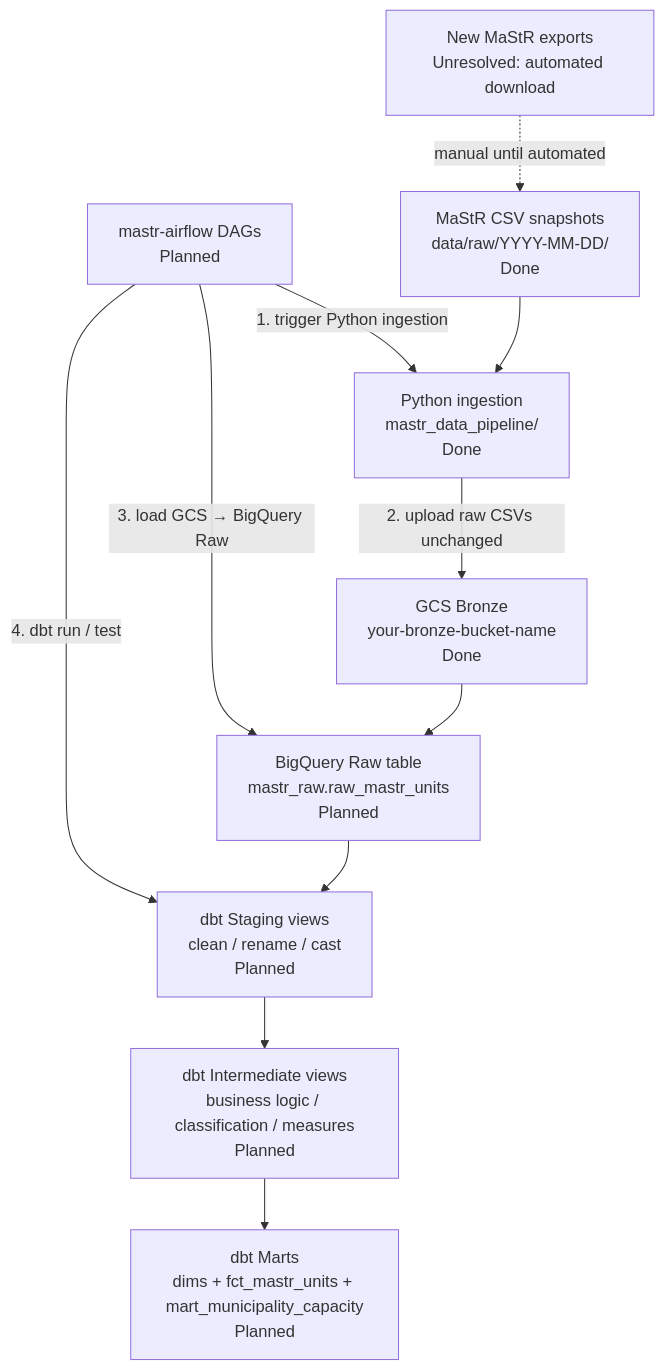
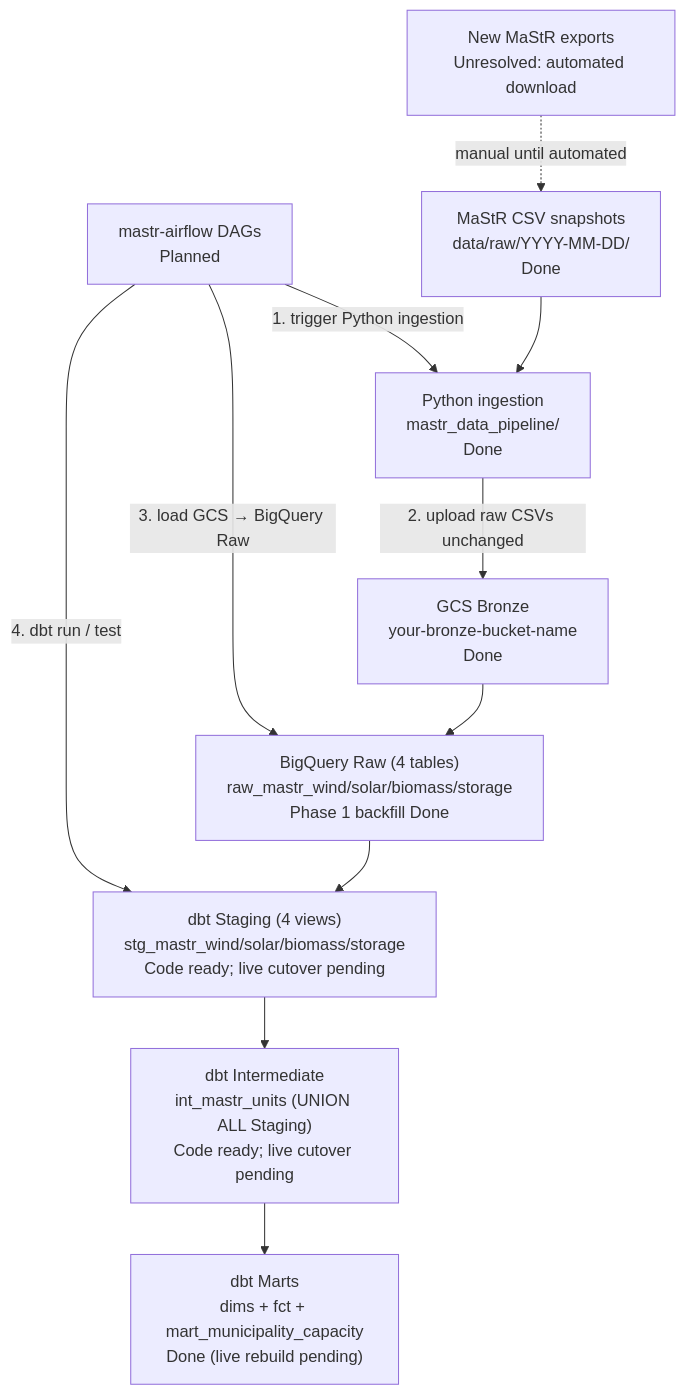
The diagram in docs/architecture.md (anyarlene/mastr-project), drawn with Mermaid before and after one commit. The commit also changed other lines of this file and 22 other files, not shown here.

Commit message:
Refactor MaStR raw and staging by energy source

````diff
--- a/docs/architecture.md
+++ b/docs/architecture.md
@@ -31,27 +32,27 @@
 ```mermaid
 flowchart TB
   DL["New MaStR exports<br/>Unresolved: automated download"]
   CSV["MaStR CSV snapshots<br/>data/raw/YYYY-MM-DD/<br/>Done"]
 
   AF["mastr-airflow DAGs<br/>Planned"]
 
   PY["Python ingestion<br/>mastr_data_pipeline/<br/>Done"]
   GCS["GCS Bronze<br/>your-bronze-bucket-name<br/>Done"]
 
-  BQRaw["BigQuery Raw table<br/>mastr_raw.raw_mastr_units<br/>Planned"]
+  BQRaw["BigQuery Raw (4 tables)<br/>raw_mastr_wind/solar/biomass/storage<br/>Phase 1 backfill Done"]
 
-  STG["dbt Staging views<br/>clean / rename / cast<br/>Planned"]
-  INT["dbt Intermediate views<br/>business logic / classification / measures<br/>Planned"]
-  MART["dbt Marts<br/>dims + fct_mastr_units + mart_municipality_capacity<br/>Planned"]
+  STG["dbt Staging (4 views)<br/>stg_mastr_wind/solar/biomass/storage<br/>Code ready; live cutover pending"]
+  INT["dbt Intermediate<br/>int_mastr_units (UNION ALL Staging)<br/>Code ready; live cutover pending"]
+  MART["dbt Marts<br/>dims + fct + mart_municipality_capacity<br/>Done (live rebuild pending)"]
 
   DL -.->|"manual until automated"| CSV
   AF -->|"1. trigger Python ingestion"| PY
   CSV --> PY
   PY -->|"2. upload raw CSVs unchanged"| GCS
   AF -->|"3. load GCS → BigQuery Raw"| BQRaw
   GCS --> BQRaw
   AF -->|"4. dbt run / test"| STG
   BQRaw --> STG
   STG --> INT
   INT --> MART
 ```
````
